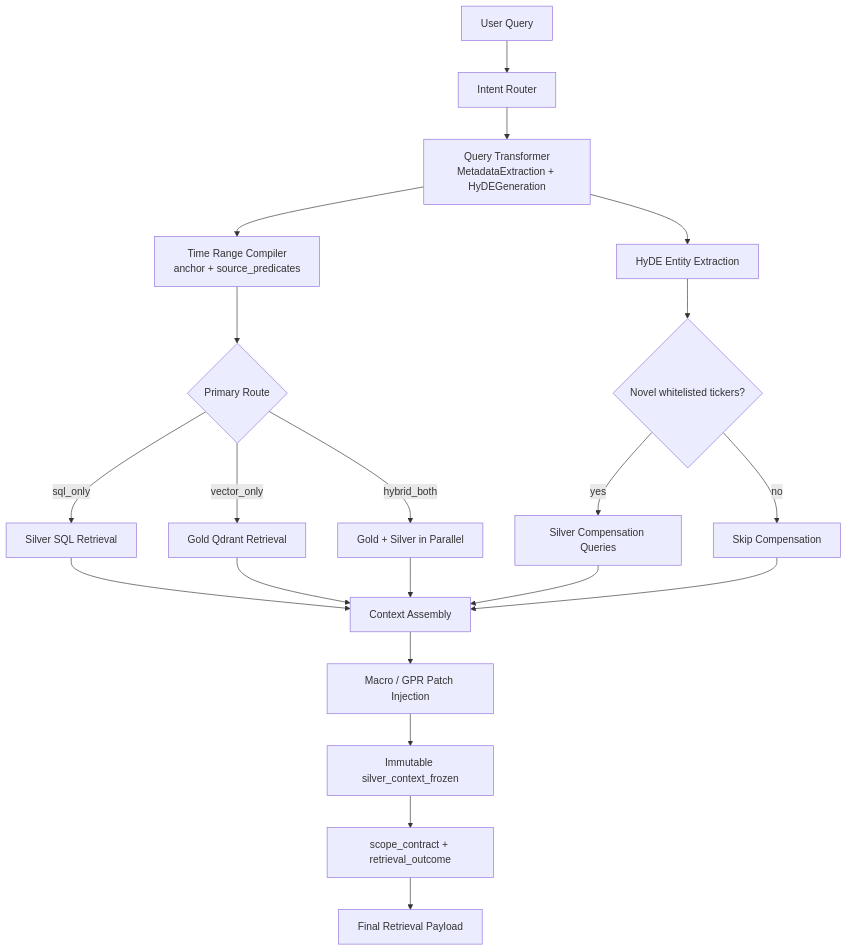
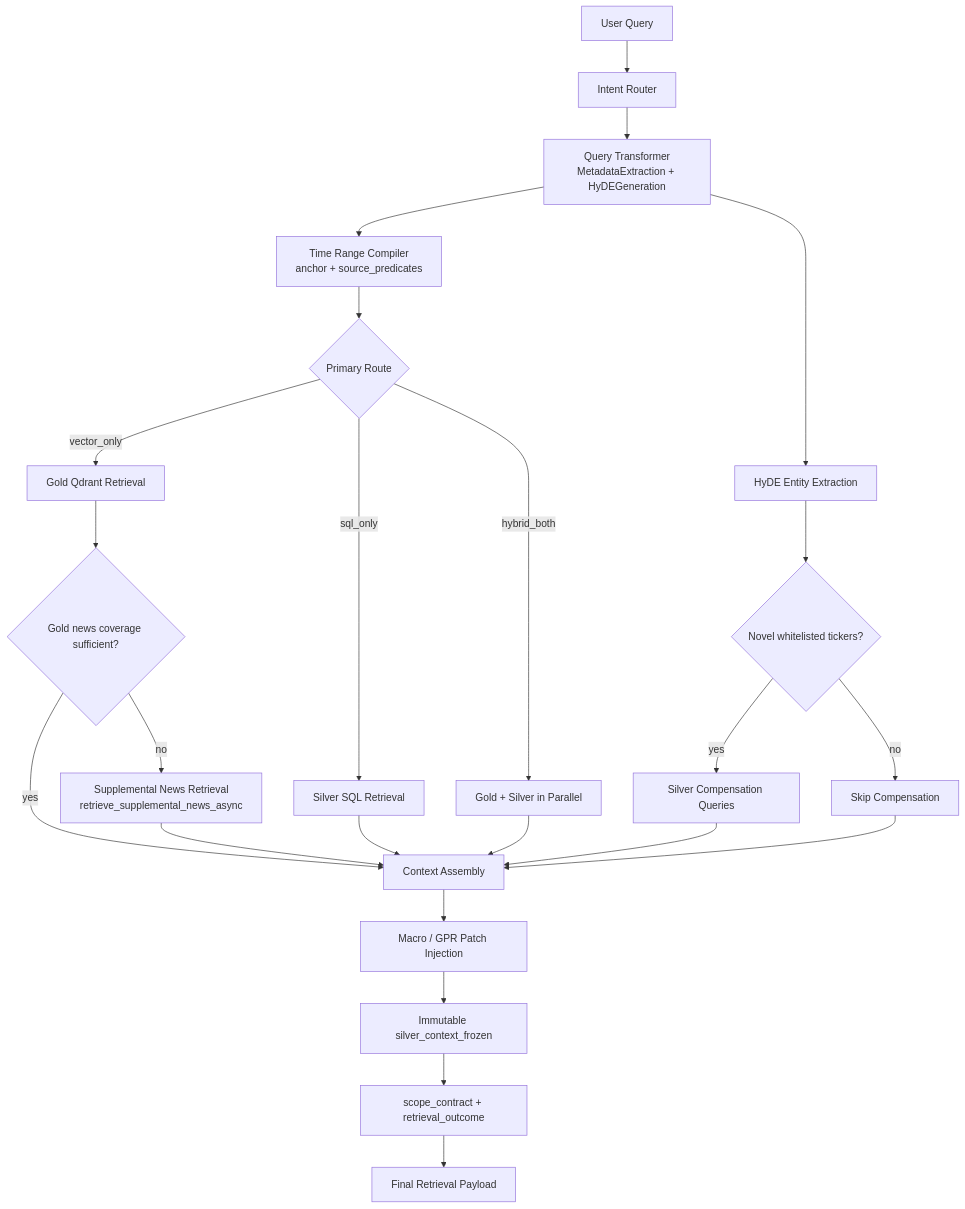
The diagram in docs/Query_retrieval_docs/Retrieval_Architecture_and_Strategy.md (maxineyu521/AutoOption-Financial-Intelligence-Workspace), drawn with Mermaid before and after one commit. The commit also changed other lines of this file and 8 other files, not shown here.

````diff
--- a/docs/Query_retrieval_docs/Retrieval_Architecture_and_Strategy.md
+++ b/docs/Query_retrieval_docs/Retrieval_Architecture_and_Strategy.md
@@ -16,23 +16,26 @@
 ```mermaid
 flowchart TD
     A[User Query] --> B[Intent Router]
     B --> C[Query Transformer<br/>MetadataExtraction + HyDEGeneration]
     C --> D[Time Range Compiler<br/>anchor + source_predicates]
     D --> E{Primary Route}
     E -->|sql_only| F[Silver SQL Retrieval]
     E -->|vector_only| G[Gold Qdrant Retrieval]
     E -->|hybrid_both| H[Gold + Silver in Parallel]
+    G --> G2{Gold news coverage sufficient?}
+    G2 -->|no| G3[Supplemental News Retrieval<br/>retrieve_supplemental_news_async]
+    G2 -->|yes| M
+    G3 --> M
     C --> I[HyDE Entity Extraction]
     I --> J{Novel whitelisted tickers?}
     J -->|yes| K[Silver Compensation Queries]
     J -->|no| L[Skip Compensation]
     F --> M[Context Assembly]
-    G --> M
     H --> M
     K --> M
     L --> M
     M --> N[Macro / GPR Patch Injection]
     N --> O[Immutable silver_context_frozen]
     O --> P[scope_contract + retrieval_outcome]
     P --> Q[Final Retrieval Payload]
 ```
````
